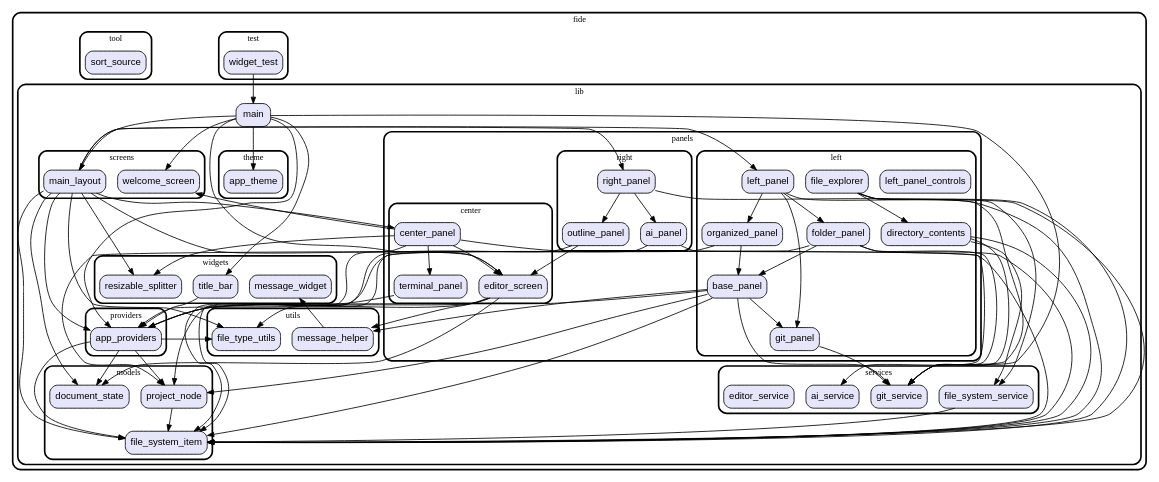
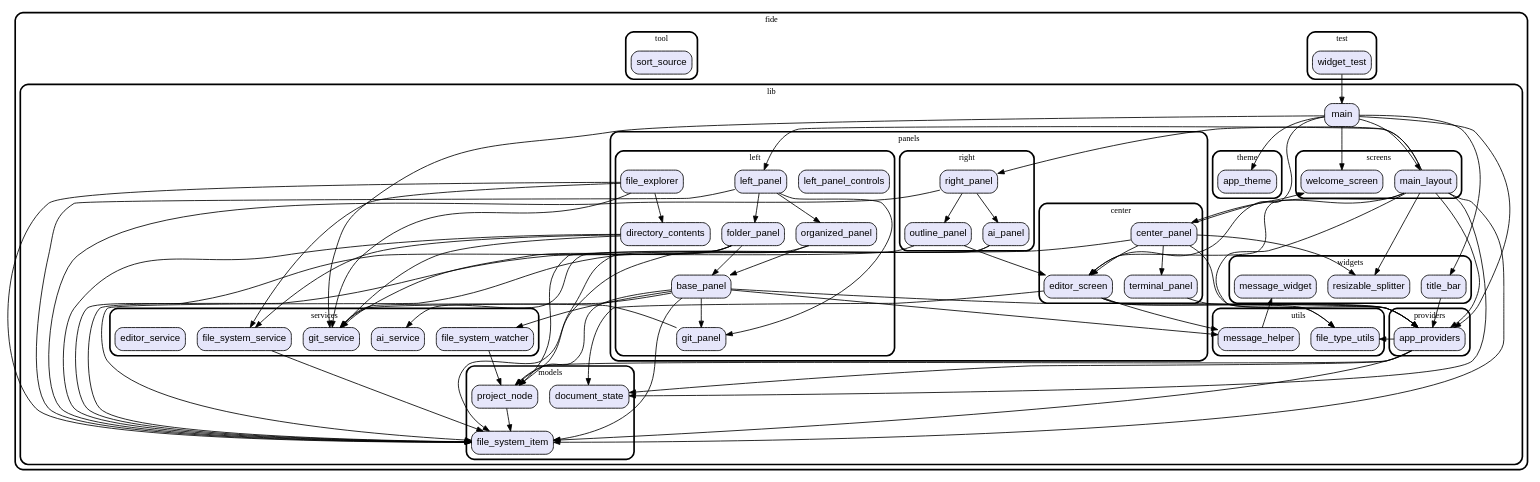
The diagram in graph.dot (vteam-com/FIDE), drawn with Graphviz before and after one commit. The commit also changed 4 other files, not shown here.

```diff
--- a/graph.dot
+++ b/graph.dot
@@ -1,183 +1,187 @@
 digraph "" {
   graph [style=rounded fontname="Arial Black" fontsize=13 penwidth=2.6];
   node [shape=rect style="filled,rounded" fontname=Arial fontsize=15 fillcolor=Lavender penwidth=1.3];
   edge [penwidth=1.3];
   "/test/widget_test.dart" [label="widget_test"];
   "/lib/providers/app_providers.dart" [label="app_providers"];
   "/lib/panels/right/outline_panel.dart" [label="outline_panel"];
   "/lib/panels/right/ai_panel.dart" [label="ai_panel"];
   "/lib/panels/right/right_panel.dart" [label="right_panel"];
   "/lib/panels/center/editor_screen.dart" [label="editor_screen"];
   "/lib/panels/center/terminal_panel.dart" [label="terminal_panel"];
   "/lib/panels/center/center_panel.dart" [label="center_panel"];
   "/lib/panels/left/git_panel.dart" [label="git_panel"];
   "/lib/panels/left/left_panel_controls.dart" [label="left_panel_controls"];
   "/lib/panels/left/base_panel.dart" [label="base_panel"];
   "/lib/panels/left/directory_contents.dart" [label="directory_contents"];
   "/lib/panels/left/folder_panel.dart" [label="folder_panel"];
   "/lib/panels/left/file_explorer.dart" [label="file_explorer"];
   "/lib/panels/left/left_panel.dart" [label="left_panel"];
   "/lib/panels/left/organized_panel.dart" [label="organized_panel"];
   "/lib/utils/message_helper.dart" [label="message_helper"];
   "/lib/utils/file_type_utils.dart" [label="file_type_utils"];
   "/lib/models/project_node.dart" [label="project_node"];
   "/lib/models/document_state.dart" [label="document_state"];
   "/lib/models/file_system_item.dart" [label="file_system_item"];
   "/lib/screens/main_layout.dart" [label="main_layout"];
   "/lib/screens/welcome_screen.dart" [label="welcome_screen"];
   "/lib/main.dart" [label="main"];
   "/lib/theme/app_theme.dart" [label="app_theme"];
   "/lib/services/git_service.dart" [label="git_service"];
+  "/lib/services/file_system_watcher.dart" [label="file_system_watcher"];
   "/lib/services/ai_service.dart" [label="ai_service"];
   "/lib/services/file_system_service.dart" [label="file_system_service"];
   "/lib/services/editor_service.dart" [label="editor_service"];
   "/lib/widgets/resizable_splitter.dart" [label="resizable_splitter"];
   "/lib/widgets/title_bar.dart" [label="title_bar"];
   "/lib/widgets/message_widget.dart" [label="message_widget"];
   "/tool/sort_source.dart" [label="sort_source"];
   subgraph "cluster~" {
     label="fide";
     subgraph "cluster~/test" {
       label="test";
       "/test/widget_test.dart";
     }
     subgraph "cluster~/lib" {
       label="lib";
       "/lib/main.dart";
       subgraph "cluster~/lib/providers" {
         label="providers";
         "/lib/providers/app_providers.dart";
       }
       subgraph "cluster~/lib/panels" {
         label="panels";
         subgraph "cluster~/lib/panels/right" {
           label="right";
           "/lib/panels/right/outline_panel.dart";
           "/lib/panels/right/ai_panel.dart";
           "/lib/panels/right/right_panel.dart";
         }
         subgraph "cluster~/lib/panels/center" {
           label="center";
           "/lib/panels/center/editor_screen.dart";
           "/lib/panels/center/terminal_panel.dart";
           "/lib/panels/center/center_panel.dart";
         }
         subgraph "cluster~/lib/panels/left" {
           label="left";
           "/lib/panels/left/git_panel.dart";
           "/lib/panels/left/left_panel_controls.dart";
           "/lib/panels/left/base_panel.dart";
           "/lib/panels/left/directory_contents.dart";
           "/lib/panels/left/folder_panel.dart";
           "/lib/panels/left/file_explorer.dart";
           "/lib/panels/left/left_panel.dart";
           "/lib/panels/left/organized_panel.dart";
         }
       }
       subgraph "cluster~/lib/utils" {
         label="utils";
         "/lib/utils/message_helper.dart";
         "/lib/utils/file_type_utils.dart";
       }
       subgraph "cluster~/lib/models" {
         label="models";
         "/lib/models/project_node.dart";
         "/lib/models/document_state.dart";
         "/lib/models/file_system_item.dart";
       }
       subgraph "cluster~/lib/screens" {
         label="screens";
         "/lib/screens/main_layout.dart";
         "/lib/screens/welcome_screen.dart";
       }
       subgraph "cluster~/lib/theme" {
         label="theme";
         "/lib/theme/app_theme.dart";
       }
       subgraph "cluster~/lib/services" {
         label="services";
         "/lib/services/git_service.dart";
+        "/lib/services/file_system_watcher.dart";
         "/lib/services/ai_service.dart";
         "/lib/services/file_system_service.dart";
         "/lib/services/editor_service.dart";
       }
       subgraph "cluster~/lib/widgets" {
         label="widgets";
         "/lib/widgets/resizable_splitter.dart";
         "/lib/widgets/title_bar.dart";
         "/lib/widgets/message_widget.dart";
       }
     }
     subgraph "cluster~/tool" {
       label="tool";
       "/tool/sort_source.dart";
     }
   }
   "/test/widget_test.dart" -> "/lib/main.dart";
   "/lib/providers/app_providers.dart" -> "/lib/models/file_system_item.dart";
   "/lib/providers/app_providers.dart" -> "/lib/models/project_node.dart";
   "/lib/providers/app_providers.dart" -> "/lib/models/document_state.dart";
   "/lib/providers/app_providers.dart" -> "/lib/utils/file_type_utils.dart";
   "/lib/panels/right/outline_panel.dart" -> "/lib/models/file_system_item.dart";
   "/lib/panels/right/outline_panel.dart" -> "/lib/panels/center/editor_screen.dart";
   "/lib/panels/right/ai_panel.dart" -> "/lib/services/ai_service.dart";
   "/lib/panels/right/ai_panel.dart" -> "/lib/models/file_system_item.dart";
   "/lib/panels/right/right_panel.dart" -> "/lib/panels/right/outline_panel.dart";
   "/lib/panels/right/right_panel.dart" -> "/lib/panels/right/ai_panel.dart";
   "/lib/panels/right/right_panel.dart" -> "/lib/models/file_system_item.dart";
   "/lib/panels/center/editor_screen.dart" -> "/lib/providers/app_providers.dart";
   "/lib/panels/center/editor_screen.dart" -> "/lib/utils/message_helper.dart";
   "/lib/panels/center/editor_screen.dart" -> "/lib/utils/file_type_utils.dart";
   "/lib/panels/center/editor_screen.dart" -> "/lib/models/document_state.dart";
   "/lib/panels/center/terminal_panel.dart" -> "/lib/providers/app_providers.dart";
   "/lib/panels/center/center_panel.dart" -> "/lib/providers/app_providers.dart";
   "/lib/panels/center/center_panel.dart" -> "/lib/screens/welcome_screen.dart";
   "/lib/panels/center/center_panel.dart" -> "/lib/panels/center/editor_screen.dart";
   "/lib/panels/center/center_panel.dart" -> "/lib/panels/center/terminal_panel.dart";
   "/lib/panels/center/center_panel.dart" -> "/lib/widgets/resizable_splitter.dart";
   "/lib/panels/center/center_panel.dart" -> "/lib/models/file_system_item.dart";
   "/lib/panels/left/git_panel.dart" -> "/lib/services/git_service.dart";
   "/lib/panels/left/base_panel.dart" -> "/lib/models/project_node.dart";
   "/lib/panels/left/base_panel.dart" -> "/lib/models/file_system_item.dart";
   "/lib/panels/left/base_panel.dart" -> "/lib/services/git_service.dart";
+  "/lib/panels/left/base_panel.dart" -> "/lib/services/file_system_watcher.dart";
   "/lib/panels/left/base_panel.dart" -> "/lib/utils/message_helper.dart";
   "/lib/panels/left/base_panel.dart" -> "/lib/panels/left/git_panel.dart";
   "/lib/panels/left/base_panel.dart" -> "/lib/providers/app_providers.dart";
   "/lib/panels/left/directory_contents.dart" -> "/lib/services/file_system_service.dart";
   "/lib/panels/left/directory_contents.dart" -> "/lib/services/git_service.dart";
   "/lib/panels/left/directory_contents.dart" -> "/lib/models/file_system_item.dart";
   "/lib/panels/left/folder_panel.dart" -> "/lib/models/project_node.dart";
   "/lib/panels/left/folder_panel.dart" -> "/lib/models/file_system_item.dart";
   "/lib/panels/left/folder_panel.dart" -> "/lib/services/git_service.dart";
   "/lib/panels/left/folder_panel.dart" -> "/lib/panels/left/base_panel.dart";
   "/lib/panels/left/file_explorer.dart" -> "/lib/services/file_system_service.dart";
   "/lib/panels/left/file_explorer.dart" -> "/lib/services/git_service.dart";
   "/lib/panels/left/file_explorer.dart" -> "/lib/models/file_system_item.dart";
   "/lib/panels/left/file_explorer.dart" -> "/lib/panels/left/directory_contents.dart";
   "/lib/panels/left/left_panel.dart" -> "/lib/panels/left/folder_panel.dart";
   "/lib/panels/left/left_panel.dart" -> "/lib/panels/left/organized_panel.dart";
   "/lib/panels/left/left_panel.dart" -> "/lib/panels/left/git_panel.dart";
   "/lib/panels/left/left_panel.dart" -> "/lib/models/file_system_item.dart";
   "/lib/panels/left/organized_panel.dart" -> "/lib/models/project_node.dart";
   "/lib/panels/left/organized_panel.dart" -> "/lib/panels/left/base_panel.dart";
   "/lib/utils/message_helper.dart" -> "/lib/widgets/message_widget.dart";
   "/lib/models/project_node.dart" -> "/lib/models/file_system_item.dart";
   "/lib/screens/main_layout.dart" -> "/lib/panels/center/editor_screen.dart";
   "/lib/screens/main_layout.dart" -> "/lib/providers/app_providers.dart";
   "/lib/screens/main_layout.dart" -> "/lib/models/file_system_item.dart";
   "/lib/screens/main_layout.dart" -> "/lib/models/document_state.dart";
   "/lib/screens/main_layout.dart" -> "/lib/utils/file_type_utils.dart";
   "/lib/screens/main_layout.dart" -> "/lib/widgets/resizable_splitter.dart";
   "/lib/screens/main_layout.dart" -> "/lib/panels/left/left_panel.dart";
   "/lib/screens/main_layout.dart" -> "/lib/panels/center/center_panel.dart";
   "/lib/screens/main_layout.dart" -> "/lib/panels/right/right_panel.dart";
   "/lib/main.dart" -> "/lib/providers/app_providers.dart";
   "/lib/main.dart" -> "/lib/screens/main_layout.dart";
   "/lib/main.dart" -> "/lib/widgets/title_bar.dart";
   "/lib/main.dart" -> "/lib/panels/center/editor_screen.dart";
   "/lib/main.dart" -> "/lib/screens/welcome_screen.dart";
   "/lib/main.dart" -> "/lib/services/git_service.dart";
   "/lib/main.dart" -> "/lib/theme/app_theme.dart";
+  "/lib/services/file_system_watcher.dart" -> "/lib/models/project_node.dart";
   "/lib/services/file_system_service.dart" -> "/lib/models/file_system_item.dart";
   "/lib/widgets/title_bar.dart" -> "/lib/providers/app_providers.dart";
 }
```
